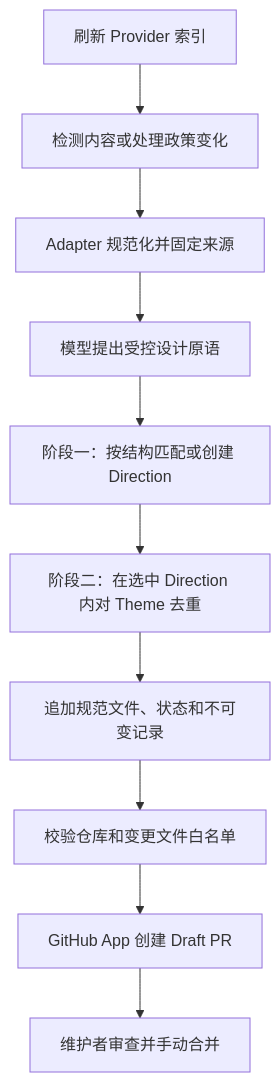
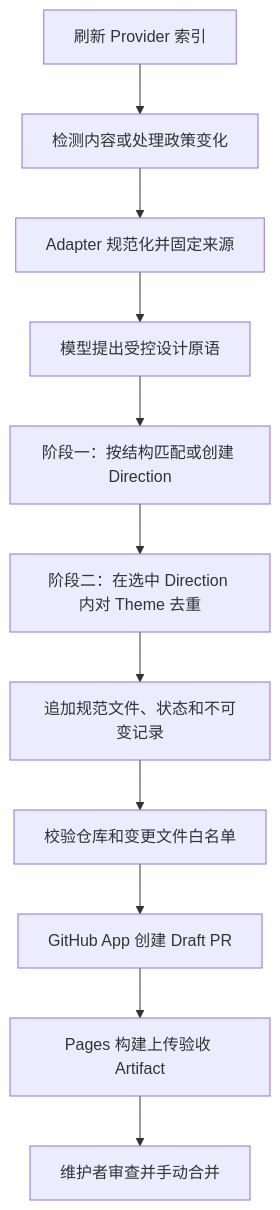
The diagram in docs/AUTOMATED_CURATION.zh-CN.md (coconilu/ai-ui-style-director), drawn with Mermaid before and after one commit. The commit also changed other lines of this file and 9 other files, not shown here.

````diff
--- a/docs/AUTOMATED_CURATION.zh-CN.md
+++ b/docs/AUTOMATED_CURATION.zh-CN.md
@@ -9,12 +9,13 @@
 ```mermaid
 flowchart TD
   A["刷新 Provider 索引"] --> B["检测内容或处理政策变化"]
   B --> C["Adapter 规范化并固定来源"]
   C --> D["模型提出受控设计原语"]
   D --> E["阶段一：按结构匹配或创建 Direction"]
   E --> F["阶段二：在选中 Direction 内对 Theme 去重"]
   F --> G["追加规范文件、状态和不可变记录"]
   G --> H["校验仓库和变更文件白名单"]
   H --> I["GitHub App 创建 Draft PR"]
-  I --> J["维护者审查并手动合并"]
+  I --> J["Pages 构建上传验收 Artifact"]
+  J --> K["维护者审查并手动合并"]
 ```
````
